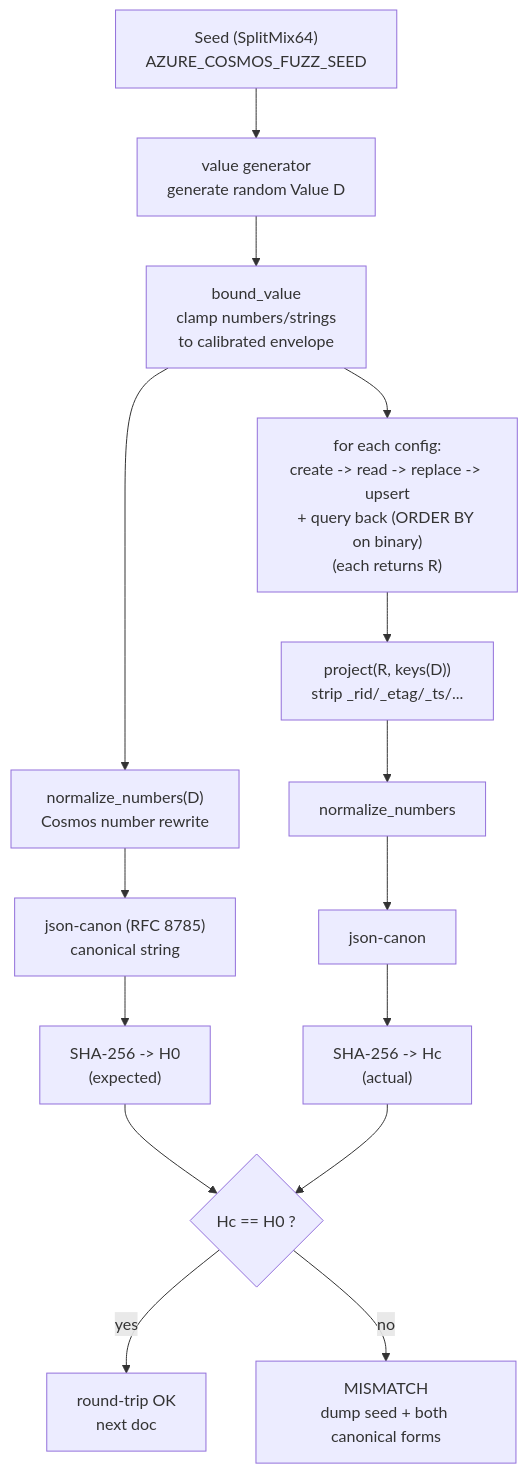
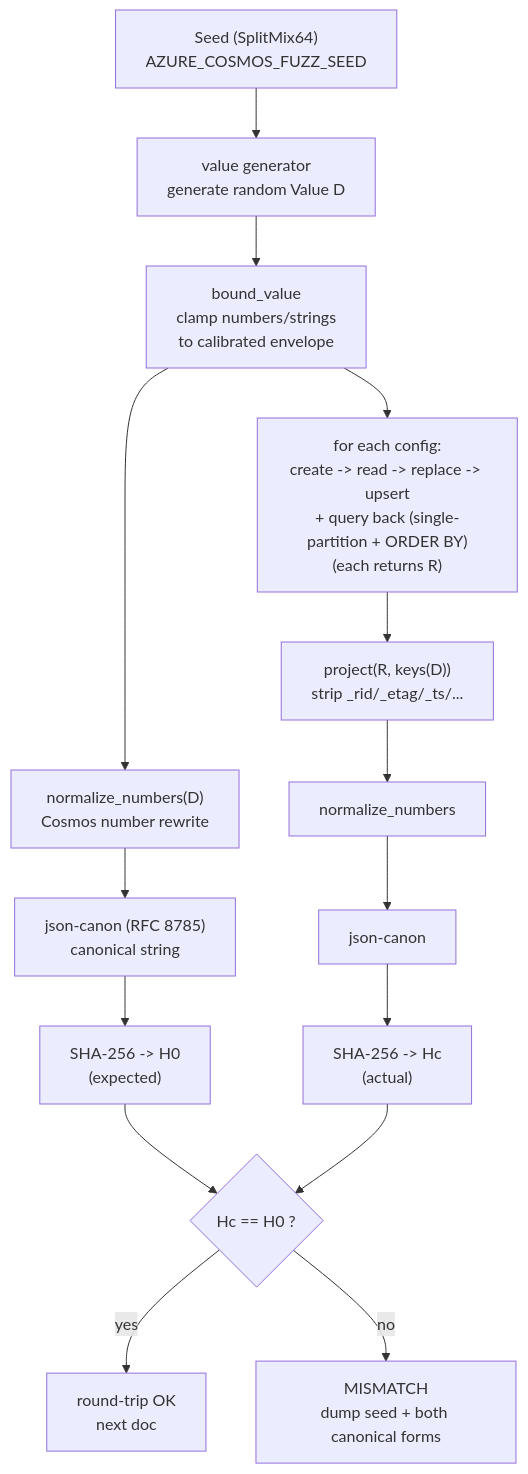
One commit to Azure/azure-sdk-for-rust changed the first of 4 diagrams in sdk/cosmos/azure_data_cosmos_driver/docs/BINARY_ENCODING_ROUNDTRIP_FUZZER.md. Above: the diagram before and after it, drawn with Mermaid. The commit also changed other lines of this file and 10 other files, not shown here.

````diff
--- a/sdk/cosmos/azure_data_cosmos_driver/docs/BINARY_ENCODING_ROUNDTRIP_FUZZER.md
+++ b/sdk/cosmos/azure_data_cosmos_driver/docs/BINARY_ENCODING_ROUNDTRIP_FUZZER.md
@@ -132,19 +134,19 @@
 ```mermaid
 flowchart TD
     SEED["Seed (SplitMix64)\nAZURE_COSMOS_FUZZ_SEED"] --> GEN
     GEN["value generator\ngenerate random Value D"] --> BOUND["bound_value\nclamp numbers/strings\nto calibrated envelope"]
     BOUND --> NORM0["normalize_numbers(D)\nCosmos number rewrite"]
     NORM0 --> CANON0["json-canon (RFC 8785)\ncanonical string"]
     CANON0 --> HASH0["SHA-256 -> H0\n(expected)"]
 
-    BOUND --> STORE["for each config:\ncreate -> read -> replace -> upsert\n+ query back (ORDER BY on binary)\n(each returns R)"]
+    BOUND --> STORE["for each config:\ncreate -> read -> replace -> upsert\n+ query back (single-partition + ORDER BY)\n(each returns R)"]
     STORE --> PROJ["project(R, keys(D))\nstrip _rid/_etag/_ts/..."]
     PROJ --> NORM1["normalize_numbers"]
     NORM1 --> CANON1["json-canon"]
     CANON1 --> HASH1["SHA-256 -> Hc\n(actual)"]
 
     HASH0 --> CMP{"Hc == H0 ?"}
     HASH1 --> CMP
     CMP -->|yes| OK["round-trip OK\nnext doc"]
     CMP -->|no| FAIL["MISMATCH\ndump seed + both canonical forms"]
 ```
````
